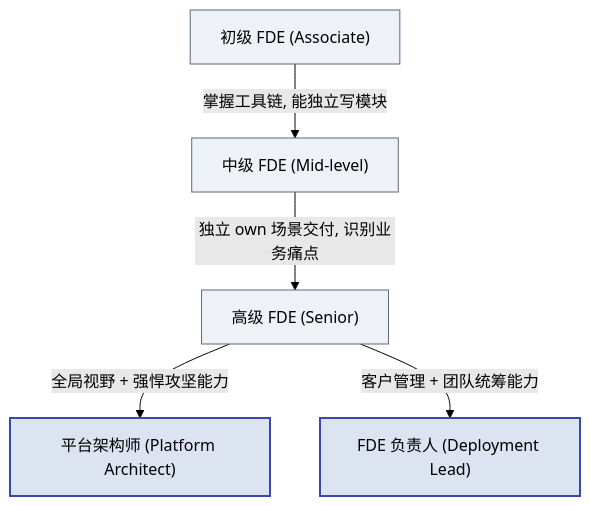
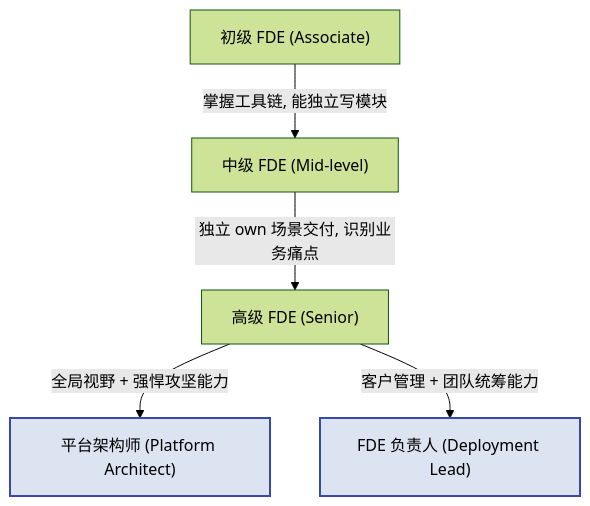
Before and after one commit to cloudzun/fde-course: the first of 2 diagrams in textbook/第12章_FDE人才培养与知识管理.md, drawn with Mermaid (forest theme). The commit also changed other lines of this file and 10 other files, not shown here.

Commit message:
style: 全库mermaid配色统一以第11章为标准——删主色灰底style，仅保留强调蓝/琥珀金/绿/红四色点缀（40行，方向与第11章图不动）

````diff
--- a/textbook/第12章_FDE人才培养与知识管理.md
+++ b/textbook/第12章_FDE人才培养与知识管理.md
@@ -78,13 +78,11 @@
 ```mermaid
 graph TD
     jun["初级 FDE (Associate)"] -->|掌握工具链, 能独立写模块| mid["中级 FDE (Mid-level)"]
     mid -->|独立 own 场景交付, 识别业务痛点| sen["高级 FDE (Senior)"]
     sen -->|全局视野 + 强悍攻坚能力| arch["平台架构师 (Platform Architect)"]
     sen -->|客户管理 + 团队统筹能力| lead["FDE 负责人 (Deployment Lead)"]
     
     %% 注释模块
-    classDef default fill:#eef2f7,stroke:#5a6b7f;
     classDef highlight fill:#dbe4f0,stroke:#3949ab,stroke-width:2px;
-    class jun,mid,sen default;
     class arch,lead highlight;
 ```
````
